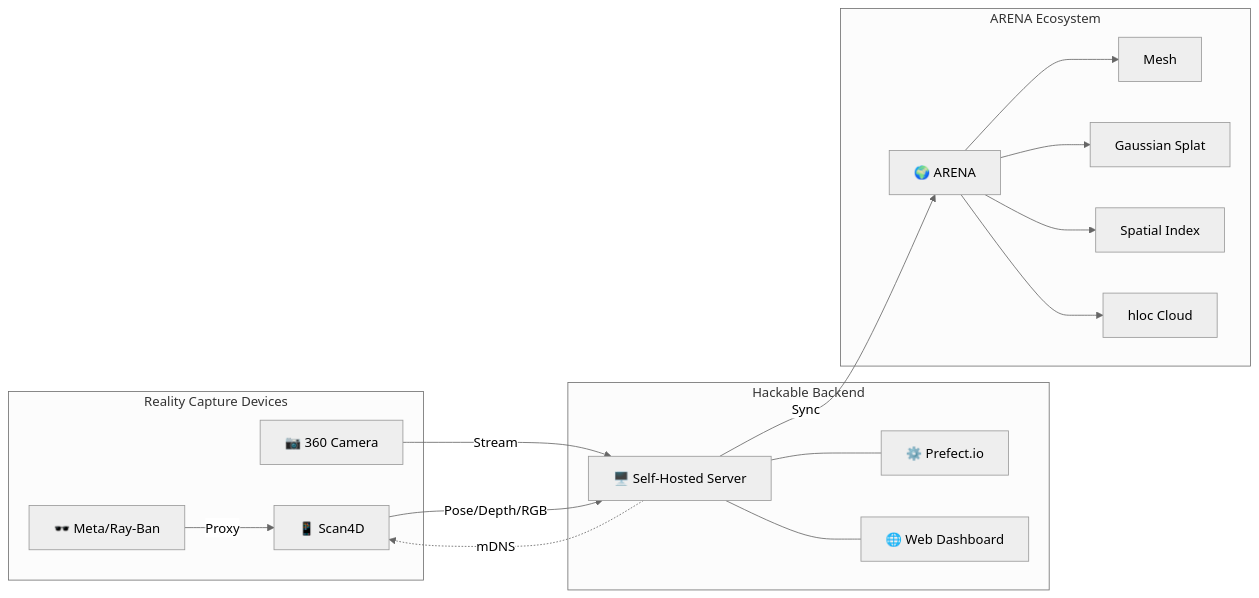
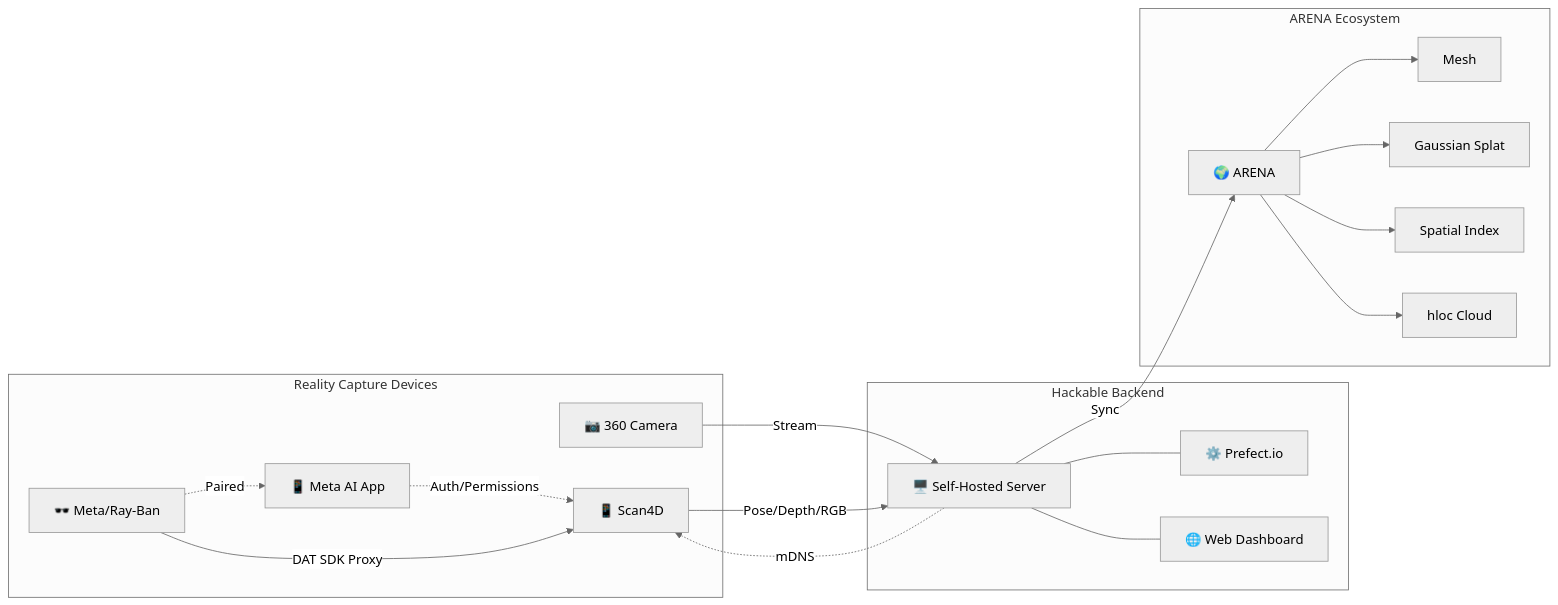
Before and after one commit to WiseLabCMU/wisescan-ios: the first of 5 diagrams in REQUIREMENTS.md, drawn with Mermaid (neutral theme). The commit also changed 1 other file, not shown here.

Commit message:
fix(glasses): handle meta pause, stop, reactive state

````diff
--- a/REQUIREMENTS.md
+++ b/REQUIREMENTS.md
@@ -13,34 +13,37 @@
 ```mermaid
 graph LR
     subgraph "Reality Capture Devices"
         Phone["📱 Scan4D"]
+        MetaAI["📱 Meta AI App"]
         Glasses["🕶️ Meta/Ray-Ban"]
         Cam360["📷 360 Camera"]
     end
 
     subgraph "Hackable Backend"
         Server["🖥️ Self-Hosted Server"]
         Prefect["⚙️ Prefect.io"]
         Dashboard["🌐 Web Dashboard"]
     end
 
     subgraph "ARENA Ecosystem"
         Arena["🌍 ARENA"]
         Mesh["Mesh"]
         Splat["Gaussian Splat"]
         SpatialIdx["Spatial Index"]
         Hloc["hloc Cloud"]
     end
 
-    Glasses -->|Proxy| Phone
+    Glasses -.->|Paired| MetaAI
+    MetaAI -.->|Auth/Permissions| Phone
+    Glasses -->|DAT SDK Proxy| Phone
     Cam360 -->|Stream| Server
     Phone -->|Pose/Depth/RGB| Server
     Server -.->|mDNS| Phone
     Server --- Dashboard
     Server --- Prefect
     Server -->|Sync| Arena
     Arena --> Mesh
     Arena --> Splat
     Arena --> SpatialIdx
     Arena --> Hloc
 ```
````
